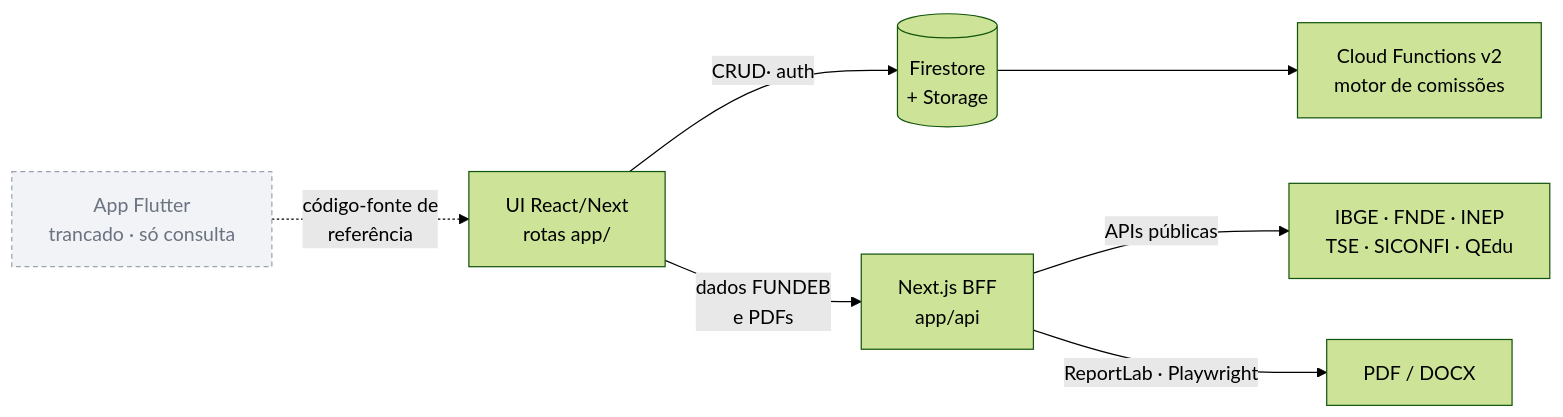
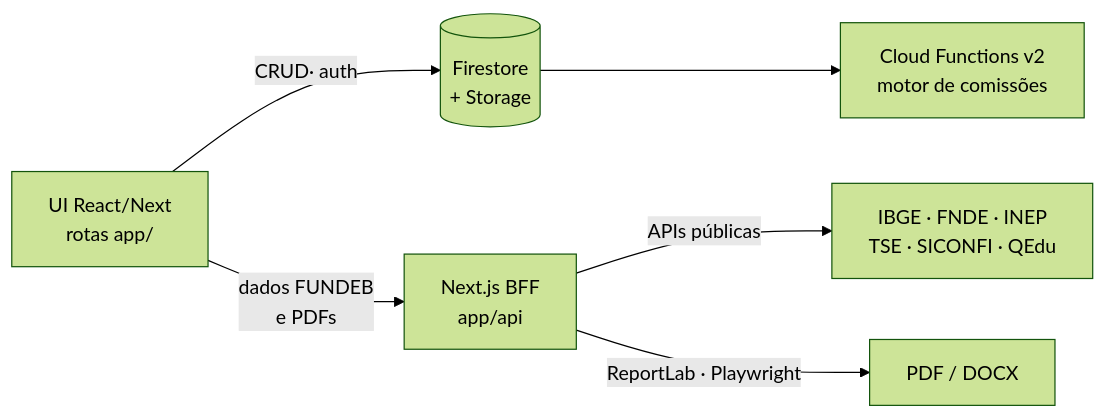
One commit to nomadautomacao-dot/sync changed the diagram in README.md. Above: the diagram before and after it, drawn with Mermaid (forest theme). The commit also changed other lines of this file and 432 other files, not shown here.

````diff
--- a/README.md
+++ b/README.md
@@ -38,10 +34,8 @@
 ```mermaid
 graph LR
   R[UI React/Next<br/>rotas app/] -->|CRUD· auth| B[(Firestore<br/>+ Storage)]
   R -->|dados FUNDEB<br/>e PDFs| C[Next.js BFF<br/>app/api]
   C -->|APIs públicas| D[IBGE · FNDE · INEP<br/>TSE · SICONFI · QEdu]
   C -->|ReportLab · Playwright| E[PDF / DOCX]
   B --> F[Cloud Functions v2<br/>motor de comissões]
-  L[App Flutter<br/>trancado · só consulta]:::legado -.->|código-fonte de<br/>referência| R
-  classDef legado fill:#F1F3F7,stroke:#9CA3AF,color:#6B7280,stroke-dasharray:4 3
 ```
````
